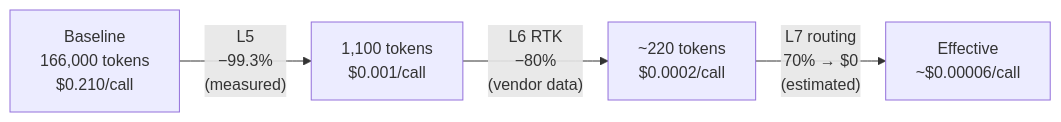
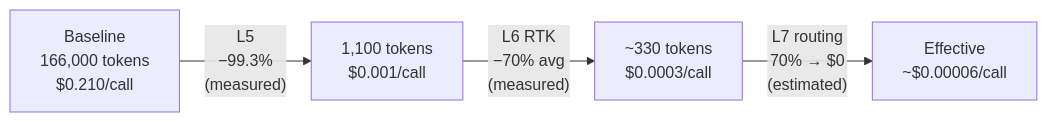
Before and after one commit to tiktax/ai-infra-portfolio: the first of 2 diagrams in docs/token-optimization-layers.md, drawn with Mermaid. The commit also changed other lines of this file and 2 other files, not shown here.

Commit message:
feat(rtk): replace vendor data with measured RTK Gain Monitor stats
RTK compression figures updated from vendor-stated "60-90%" to actual
measured data from RTK Gain Monitor (Notion DB, auto-recorded daily):
- Daily average: 70% (37 days, 5,668 commands, 2026-04-11 to 2026-05-29)
- Token-weighted: 98.7% (driven by large log/file processing days)
- Range: 2.8%–100% with P75=97% (highly content-dependent)

Files updated:
- docs/achievements.md: ⑦ rewritten with measured table + Notion DB link
- docs/token-optimization-layers.md: L6 effect + Mermaid chart updated
- examples/rtk-integration/README.md: benchmark table uses measured figures

````diff
--- a/docs/token-optimization-layers.md
+++ b/docs/token-optimization-layers.md
@@ -72,7 +72,7 @@
 ```mermaid
 flowchart LR
     A["Baseline\n166,000 tokens\n$0.210/call"]
     -->|"L5\n−99.3%\n(measured)"| B["1,100 tokens\n$0.001/call"]
-    -->|"L6 RTK\n−80%\n(vendor data)"| C["~220 tokens\n$0.0002/call"]
+    -->|"L6 RTK\n−70% avg\n(measured)"| C["~330 tokens\n$0.0003/call"]
     -->|"L7 routing\n70% → $0\n(estimated)"| D["Effective\n~$0.00006/call"]
 ```
````
